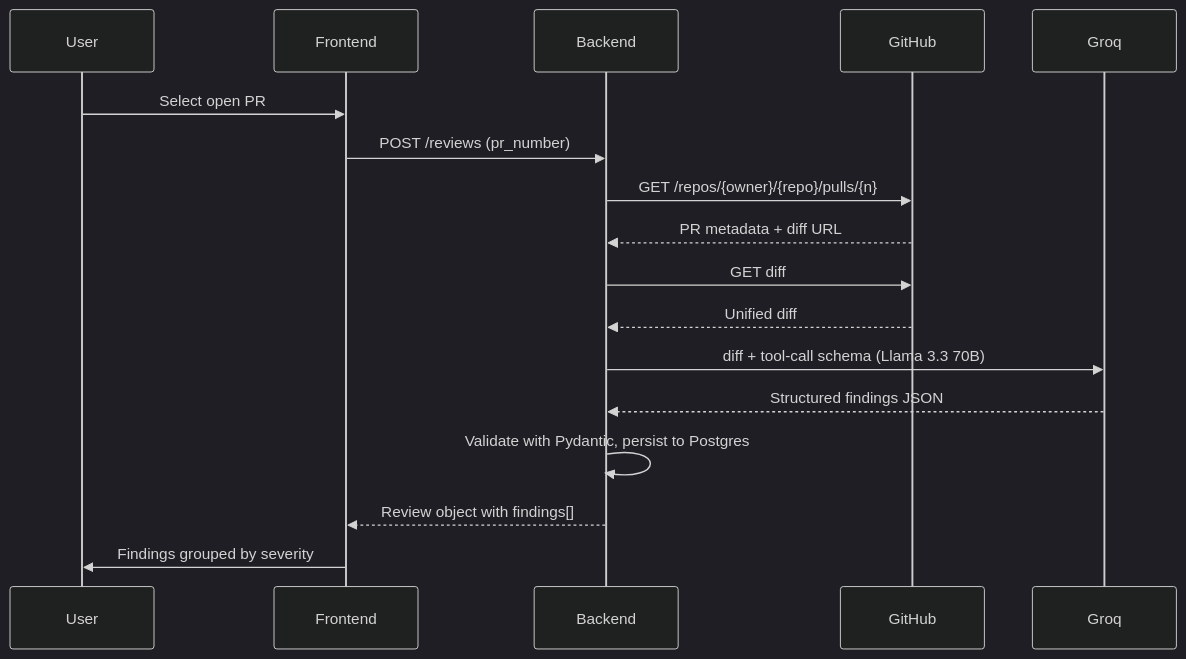
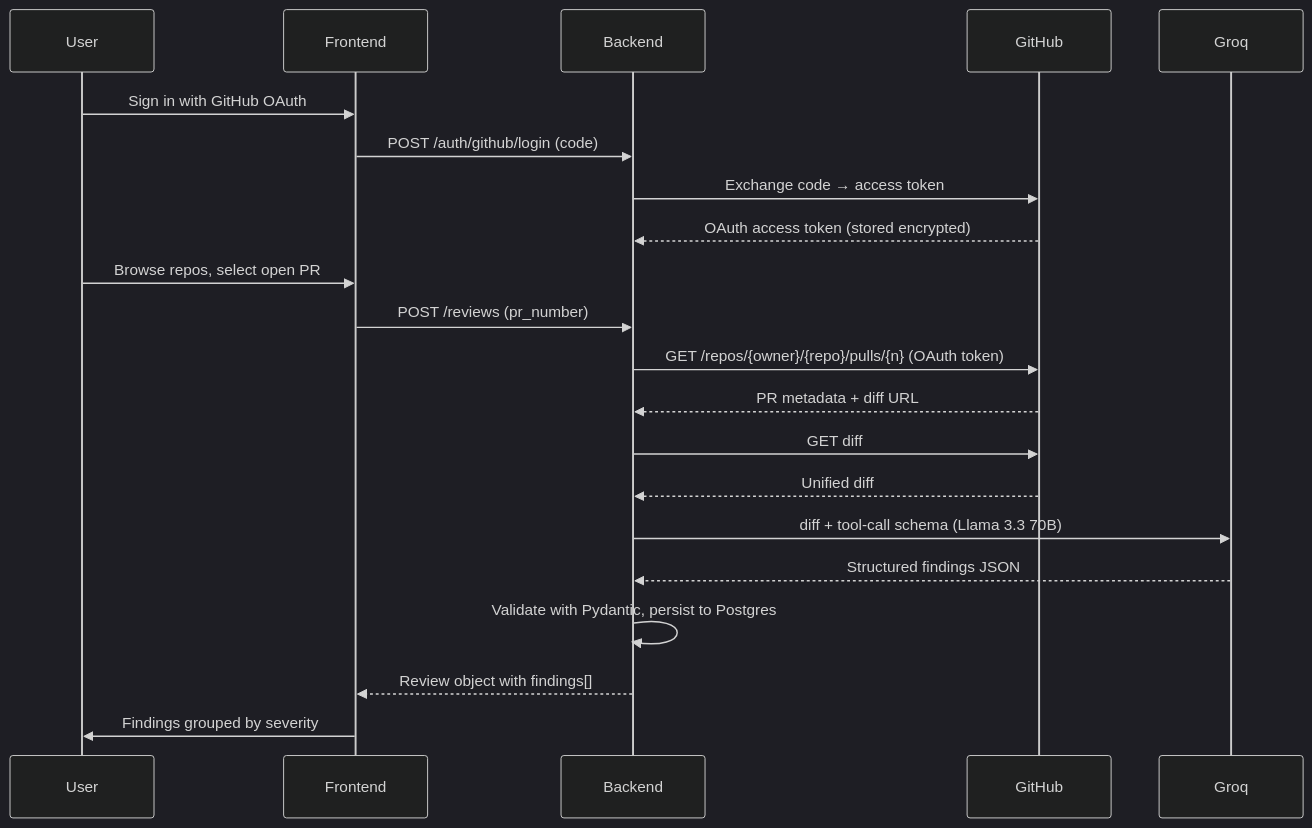
One commit to ApparentlyTejas/ai-code-review-assistant changed the diagram in README.md. Above: the diagram before and after it, drawn with Mermaid (dark theme). The commit also changed other lines of this file and 1 other file, not shown here.

Commit message:
update landing page and README to reflect GitHub OAuth and repo browser

````diff
--- a/README.md
+++ b/README.md
@@ -26,20 +28,24 @@
 ```mermaid
 sequenceDiagram
     participant User
     participant Frontend
     participant Backend
     participant GitHub
     participant Groq
 
-    User->>Frontend: Select open PR
+    User->>Frontend: Sign in with GitHub OAuth
+    Frontend->>Backend: POST /auth/github/login (code)
+    Backend->>GitHub: Exchange code → access token
+    GitHub-->>Backend: OAuth access token (stored encrypted)
+    User->>Frontend: Browse repos, select open PR
     Frontend->>Backend: POST /reviews (pr_number)
-    Backend->>GitHub: GET /repos/{owner}/{repo}/pulls/{n}
+    Backend->>GitHub: GET /repos/{owner}/{repo}/pulls/{n} (OAuth token)
     GitHub-->>Backend: PR metadata + diff URL
     Backend->>GitHub: GET diff
     GitHub-->>Backend: Unified diff
     Backend->>Groq: diff + tool-call schema (Llama 3.3 70B)
     Groq-->>Backend: Structured findings JSON
     Backend->>Backend: Validate with Pydantic, persist to Postgres
     Backend-->>Frontend: Review object with findings[]
     Frontend->>User: Findings grouped by severity
 ```
````
